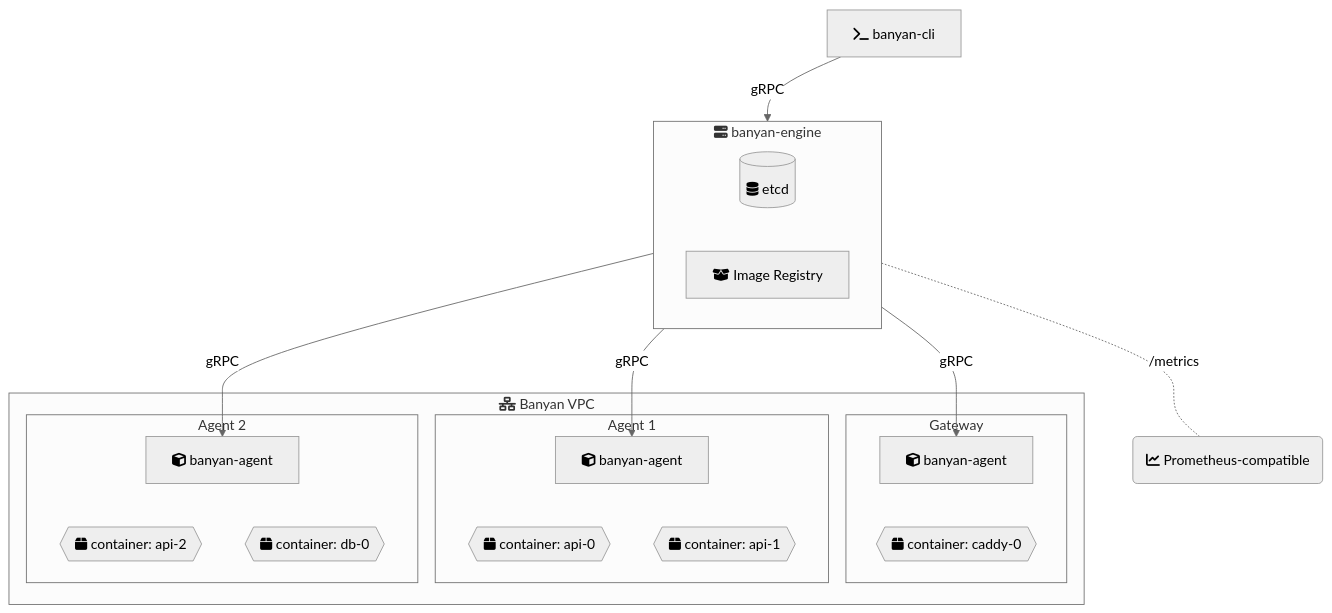
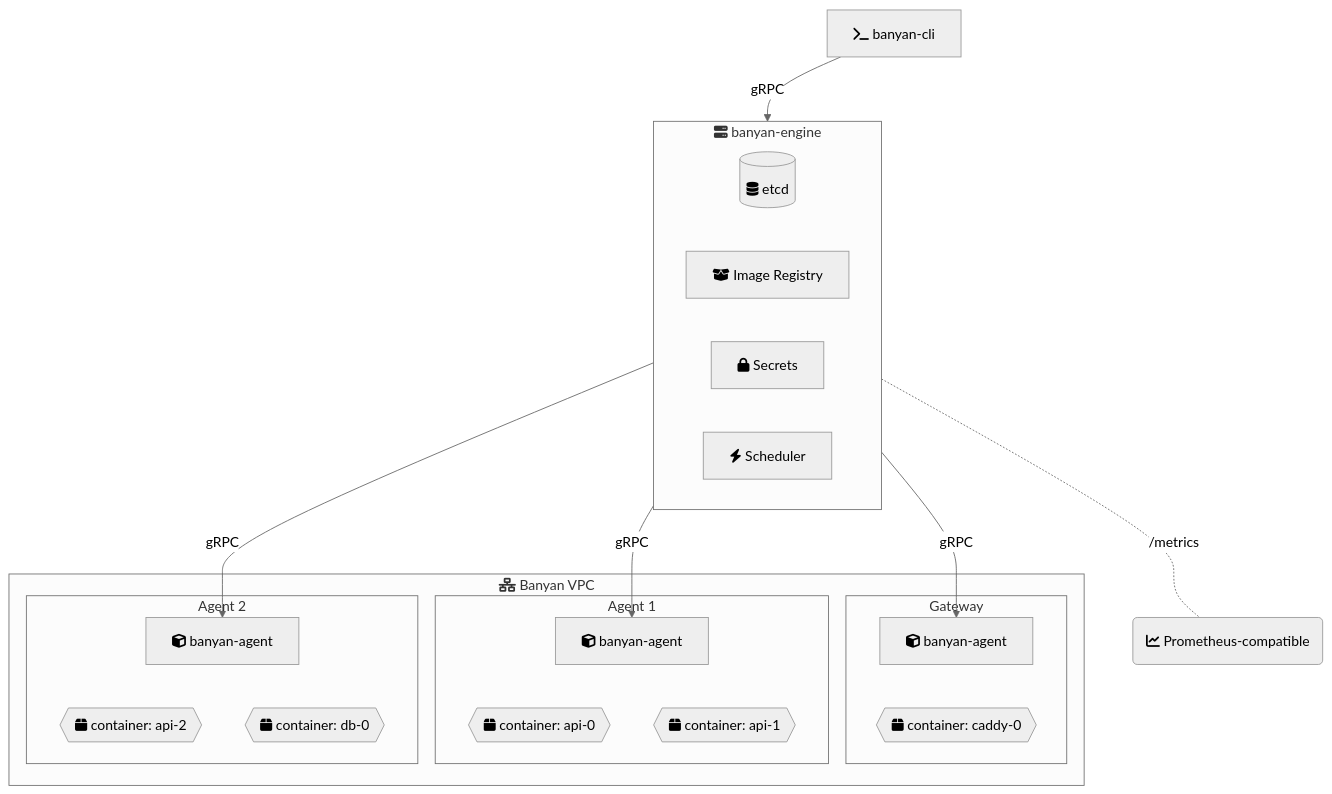
The diagram in README.md (fertile-org/banyan), drawn with Mermaid (neutral theme) before and after one commit. The commit also changed other lines of this file and 1 other file, not shown here.

Commit message:
Update architecture diagram: add Secrets and Scheduler components
Keep the existing flow diagram style, add two new engine components:
- Secrets (fa:fa-lock) — AES-256-GCM encrypted secret store
- Scheduler (fa:fa-bolt) — scheduling with auto-scaling

Update description text to mention secrets and auto-scaling.

````diff
--- a/README.md
+++ b/README.md
@@ -173,40 +173,42 @@
 ```mermaid
 graph TD
     CLI[fa:fa-terminal banyan-cli] -->|gRPC| Engine
 
     subgraph Engine[fa:fa-server banyan-engine]
         Store[(fa:fa-database etcd)]
         Registry[fa:fa-box-open Image Registry]
+        Secrets[fa:fa-lock Secrets]
+        Sched[fa:fa-bolt Scheduler]
     end
 
     Engine -->|gRPC| Agent1
     Engine -->|gRPC| Agent2
     Engine -->|gRPC| AgentN
 
     subgraph VPC[fa:fa-network-wired Banyan VPC]
         subgraph G1[Gateway]
             Agent1[fa:fa-cube banyan-agent]
             C1{{fa:fa-box container: caddy-0}}
             Agent1 ~~~ C1
         end
 
         subgraph A2[Agent 1]
             Agent2[fa:fa-cube banyan-agent]
             C2{{fa:fa-box container: api-0}}
             C3{{fa:fa-box container: api-1}}
             Agent2 ~~~ C2
             Agent2 ~~~ C3
         end
 
         subgraph AN[Agent 2]
             AgentN[fa:fa-cube banyan-agent]
             C4{{fa:fa-box container: api-2}}
             C5{{fa:fa-box container: db-0}}
             AgentN ~~~ C4
             AgentN ~~~ C5
         end
     end
 
     CLI ~~~ Prom(fa:fa-chart-line Prometheus-compatible)
     Engine -.-|/metrics| Prom
 ```
````
